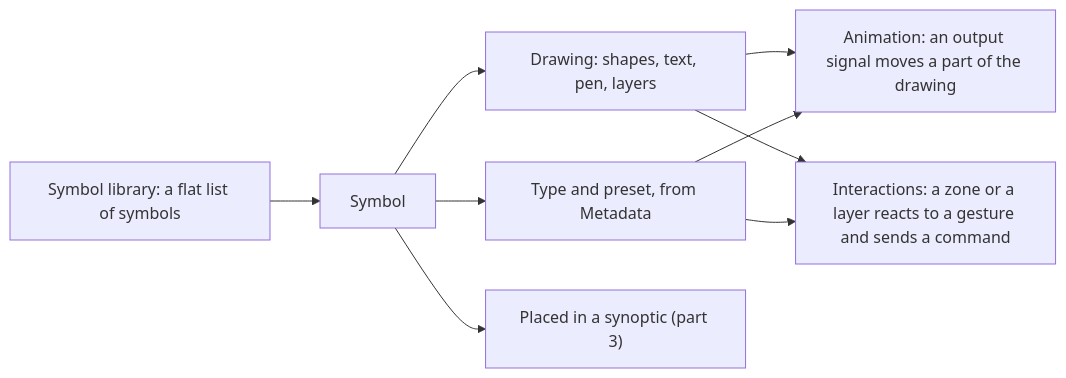
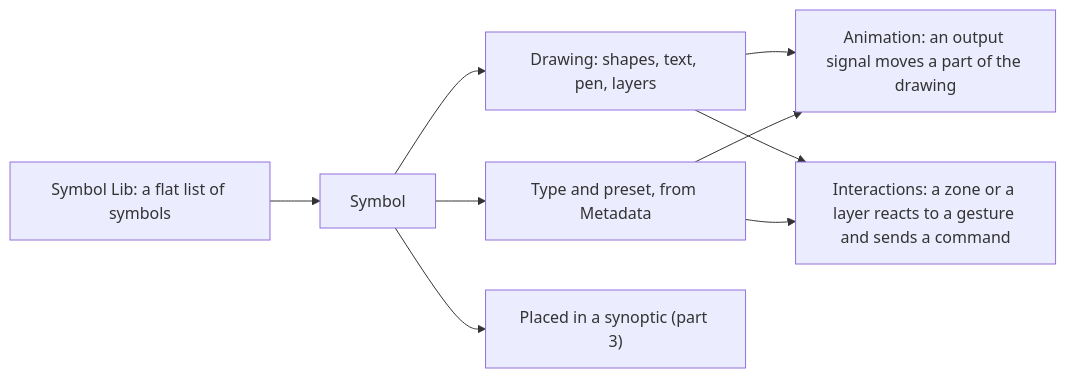
Before and after one commit to AlexandreGallais/synoptic-studio-spec: the diagram in symbols/README.md, drawn with Mermaid. The commit also changed other lines of this file and 5 other files, not shown here.

````diff
--- a/symbols/README.md
+++ b/symbols/README.md
@@ -13,11 +13,11 @@
 ```mermaid
 flowchart LR
-    L["Symbol library: a flat list of symbols"] --> S["Symbol"]
+    L["Symbol Lib: a flat list of symbols"] --> S["Symbol"]
     S --> D["Drawing: shapes, text, pen, layers"]
     S --> T["Type and preset, from Metadata"]
     D --> A["Animation: an output signal moves a part of the drawing"]
     D --> I["Interactions: a zone or a layer reacts to a gesture and sends a command"]
     T --> A
     T --> I
     S --> Y["Placed in a synoptic (part 3)"]
 ```
````
